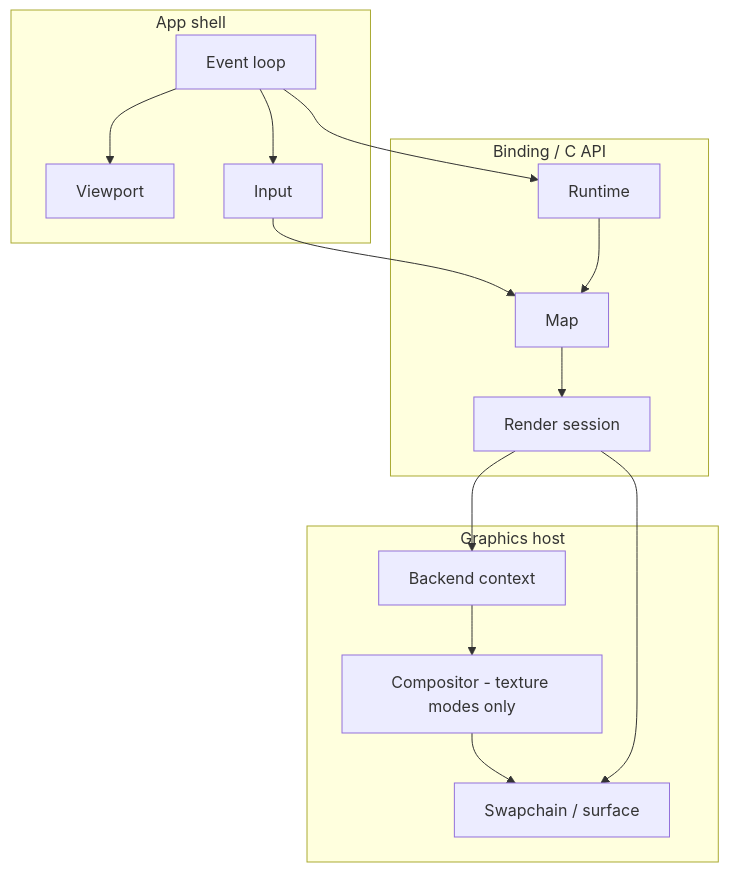
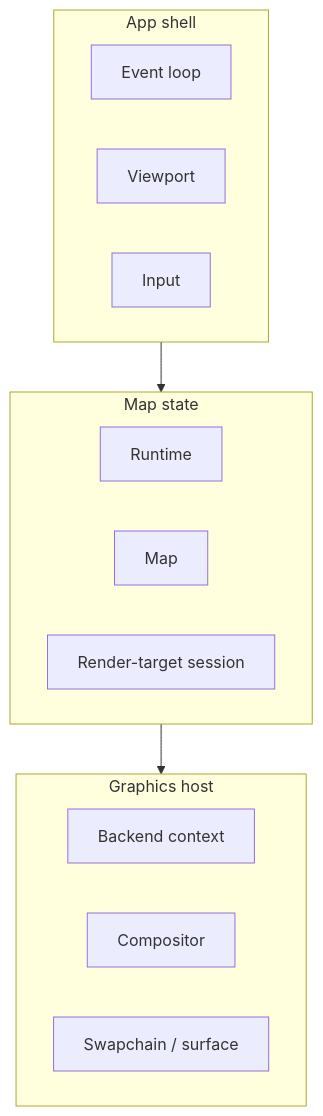
Before and after one commit to maplibre/maplibre-native-ffi: the first of 2 diagrams in docs/src/content/docs/development/specifications/map-example.md, drawn with Mermaid. The commit also changed other lines of this file, not shown here.

Commit message:
docs(spec): clarify map-example architecture module diagram

````diff
--- a/docs/src/content/docs/development/specifications/map-example.md
+++ b/docs/src/content/docs/development/specifications/map-example.md
@@ -128,28 +136,20 @@
 ```mermaid
 flowchart TB
   subgraph shell["App shell"]
     EL[Event loop]
     VP[Viewport]
     IN[Input]
   end
-  subgraph maplibre["Binding / C API"]
+  subgraph mapstate["Map state"]
     RT[Runtime]
     MP[Map]
-    RS[Render session]
+    RS[Render-target session]
   end
   subgraph gfx["Graphics host"]
     BE[Backend context]
-    CP[Compositor - texture modes only]
+    CP[Compositor]
     SC[Swapchain / surface]
   end
-  EL --> VP
-  EL --> IN
-  IN --> MP
-  EL --> RT
-  RT --> MP
-  MP --> RS
-  RS --> BE
-  BE --> CP
-  CP --> SC
-  RS --> SC
+  shell --> mapstate
+  mapstate --> gfx
 ```
````
